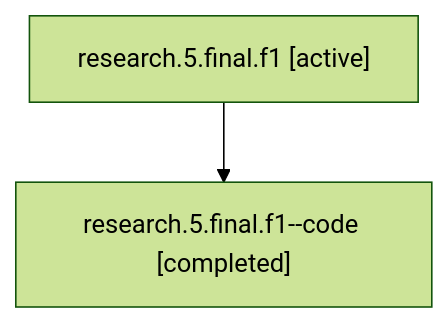
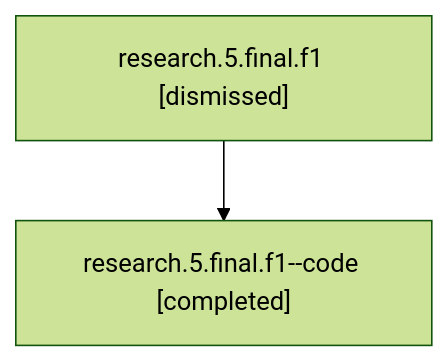
One commit to bobs-org/bob-cli--agents changed the diagram in sessions/bbugyi200.athena.research.5.final.f1.md. Above: the diagram before and after it, drawn with Mermaid (forest theme). The commit also changed other lines of this file and 602 other files, not shown here.

````diff
--- a/sessions/bbugyi200.athena.research.5.final.f1.md
+++ b/sessions/bbugyi200.athena.research.5.final.f1.md
@@ -9,6 +9,6 @@
 ```mermaid
 flowchart TD
-  n0["research.5.final.f1 [active]"]
+  n0["research.5.final.f1 [dismissed]"]
   n1["research.5.final.f1--code [completed]"]
   n0 --> n1
 ```
````
